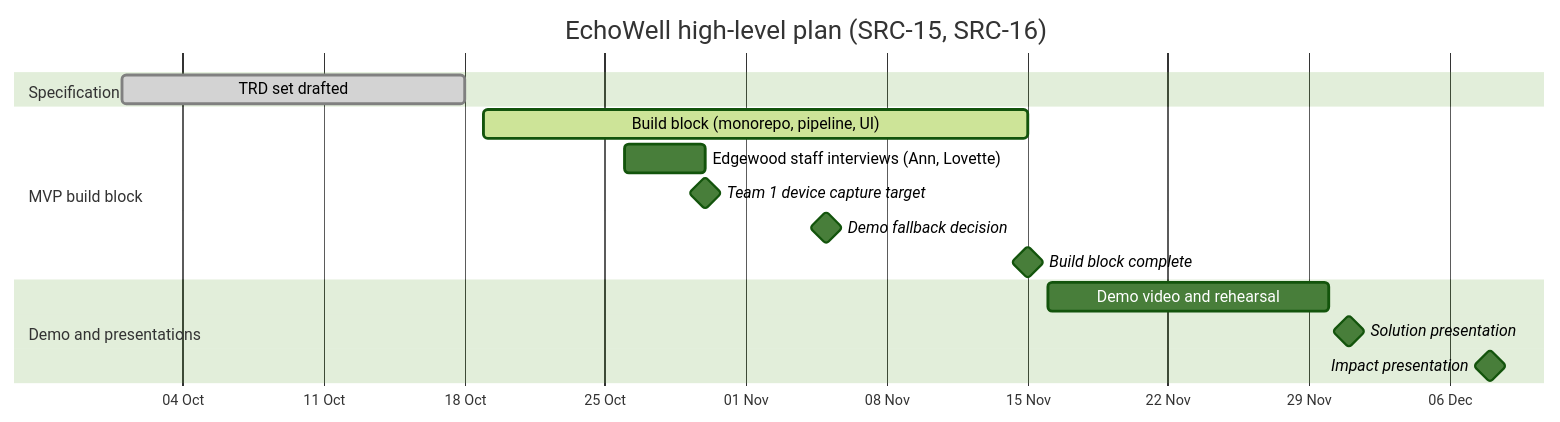
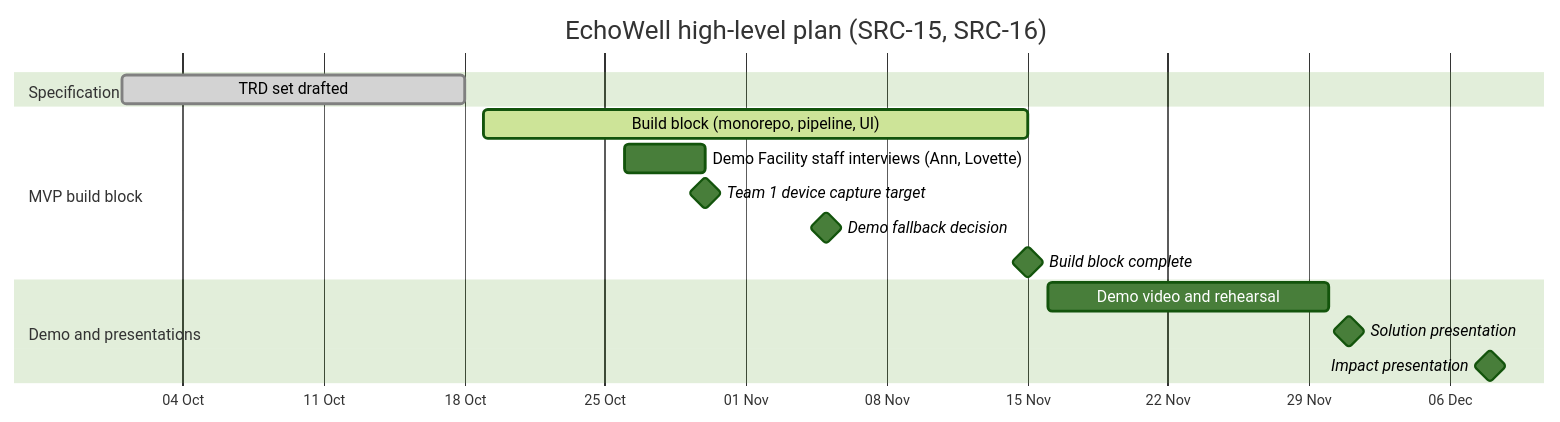
One commit to EchoWellApp/echowell changed the diagram in specs/TRD/00_Project_Vision_and_Scope.md. Above: the diagram before and after it, drawn with Mermaid (forest theme). The commit also changed other lines of this file and 147 other files, not shown here.

First line of the commit message:
fix: use the generic facility name "Demo Facility" (D-188)

````diff
--- a/specs/TRD/00_Project_Vision_and_Scope.md
+++ b/specs/TRD/00_Project_Vision_and_Scope.md
@@ -308,18 +308,18 @@
 ```mermaid
 gantt
     title EchoWell high-level plan (SRC-15, SRC-16)
     dateFormat  YYYY-MM-DD
     axisFormat  %d %b
     section Specification
     TRD set drafted                      :done,    p0, 2026-10-01, 2026-10-18
     section MVP build block
     Build block (monorepo, pipeline, UI) :active,  p1, 2026-10-19, 2026-11-15
-    Edgewood staff interviews (Ann, Lovette) :     p1a, 2026-10-26, 2026-10-30
+    Demo Facility staff interviews (Ann, Lovette) :     p1a, 2026-10-26, 2026-10-30
     Team 1 device capture target         :milestone, m1, 2026-10-30, 0d
     Demo fallback decision               :milestone, m2, 2026-11-05, 0d
     Build block complete                 :milestone, m3, 2026-11-15, 0d
     section Demo and presentations
     Demo video and rehearsal             :         p2, 2026-11-16, 2026-11-30
     Solution presentation                :milestone, m4, 2026-12-01, 0d
     Impact presentation                  :milestone, m5, 2026-12-08, 0d
 ```
````
